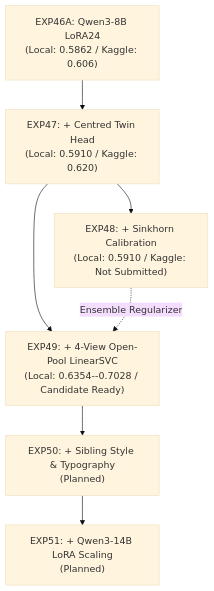
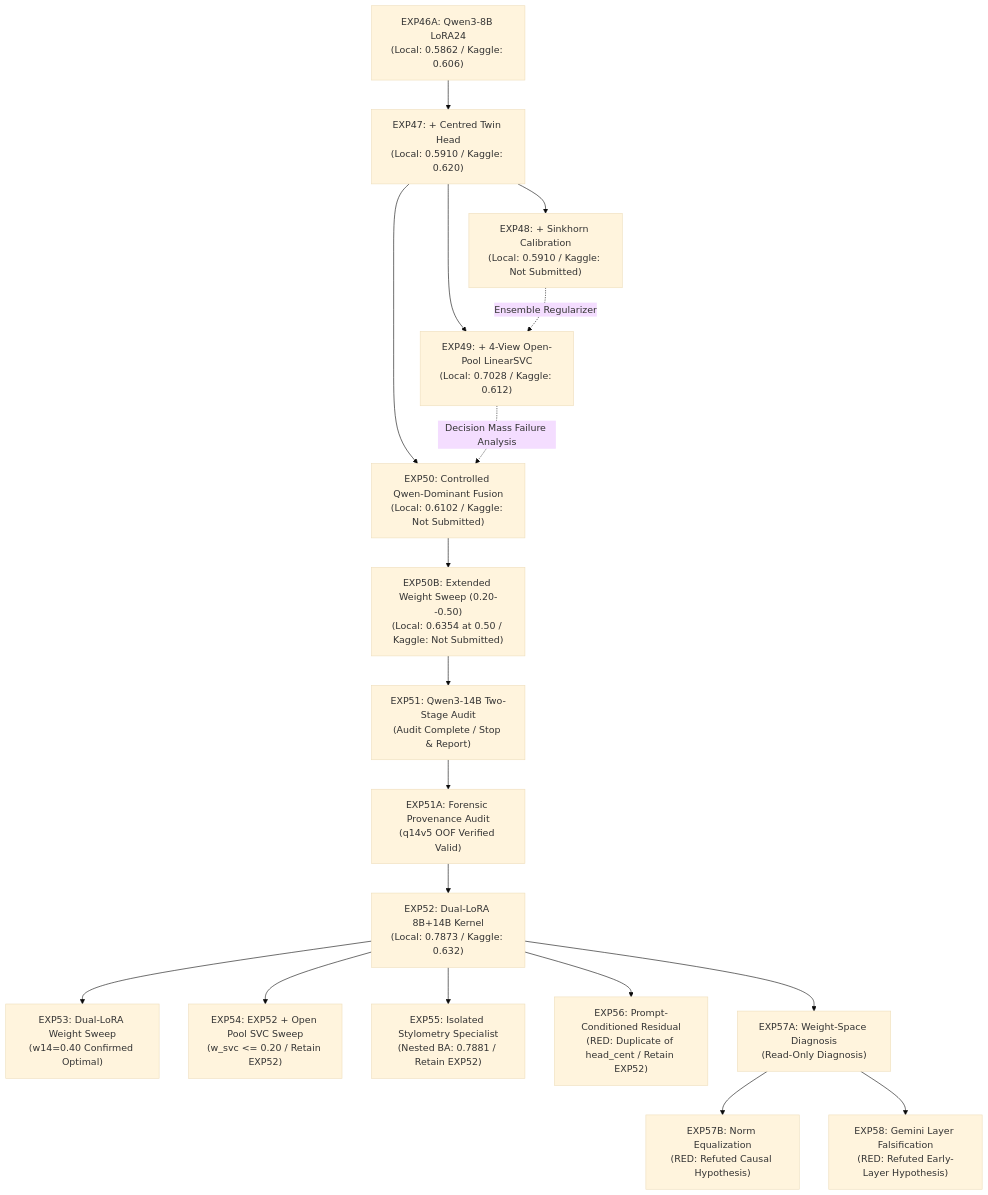
Before and after one commit to jbjoyk/name-the-llm: the diagram in EXPERIMENT_INDEX.md, drawn with Mermaid (base theme). The commit also changed other lines of this file and 114 other files, not shown here.

````diff
--- a/EXPERIMENT_INDEX.md
+++ b/EXPERIMENT_INDEX.md
@@ -9,9 +9,20 @@
 ```mermaid
 flowchart TD
     EXP46A["EXP46A: Qwen3-8B LoRA24<br/>(Local: 0.5862 / Kaggle: 0.606)"] --> EXP47["EXP47: + Centred Twin Head<br/>(Local: 0.5910 / Kaggle: 0.620)"]
     EXP47 --> EXP48["EXP48: + Sinkhorn Calibration<br/>(Local: 0.5910 / Kaggle: Not Submitted)"]
-    EXP47 --> EXP49["EXP49: + 4-View Open-Pool LinearSVC<br/>(Local: 0.6354--0.7028 / Candidate Ready)"]
+    EXP47 --> EXP49["EXP49: + 4-View Open-Pool LinearSVC<br/>(Local: 0.7028 / Kaggle: 0.612)"]
     EXP48 -.->|"Ensemble Regularizer"| EXP49
-    EXP49 --> EXP50["EXP50: + Sibling Style & Typography<br/>(Planned)"]
-    EXP50 --> EXP51["EXP51: + Qwen3-14B LoRA Scaling<br/>(Planned)"]
+    EXP47 --> EXP50["EXP50: Controlled Qwen-Dominant Fusion<br/>(Local: 0.6102 / Kaggle: Not Submitted)"]
+    EXP49 -.->|"Decision Mass Failure Analysis"| EXP50
+    EXP50 --> EXP50B["EXP50B: Extended Weight Sweep (0.20--0.50)<br/>(Local: 0.6354 at 0.50 / Kaggle: Not Submitted)"]
+    EXP50B --> EXP51["EXP51: Qwen3-14B Two-Stage Audit<br/>(Audit Complete / Stop & Report)"]
+    EXP51 --> EXP51A["EXP51A: Forensic Provenance Audit<br/>(q14v5 OOF Verified Valid)"]
+    EXP51A --> EXP52["EXP52: Dual-LoRA 8B+14B Kernel<br/>(Local: 0.7873 / Kaggle: 0.632)"]
+    EXP52 --> EXP53["EXP53: Dual-LoRA Weight Sweep<br/>(w14=0.40 Confirmed Optimal)"]
+    EXP52 --> EXP54["EXP54: EXP52 + Open Pool SVC Sweep<br/>(w_svc <= 0.20 / Retain EXP52)"]
+    EXP52 --> EXP55["EXP55: Isolated Stylometry Specialist<br/>(Nested BA: 0.7881 / Retain EXP52)"]
+    EXP52 --> EXP56["EXP56: Prompt-Conditioned Residual<br/>(RED: Duplicate of head_cent / Retain EXP52)"]
+    EXP52 --> EXP57A["EXP57A: Weight-Space Diagnosis<br/>(Read-Only Diagnosis)"]
+    EXP57A --> EXP57B["EXP57B: Norm Equalization<br/>(RED: Refuted Causal Hypothesis)"]
+    EXP57A --> EXP58["EXP58: Gemini Layer Falsification<br/>(RED: Refuted Early-Layer Hypothesis)"]
 ```
````
